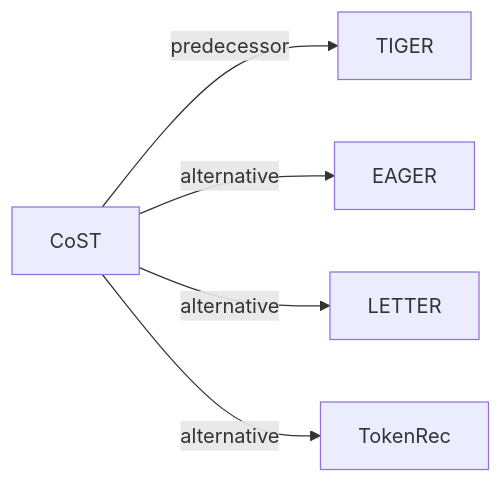
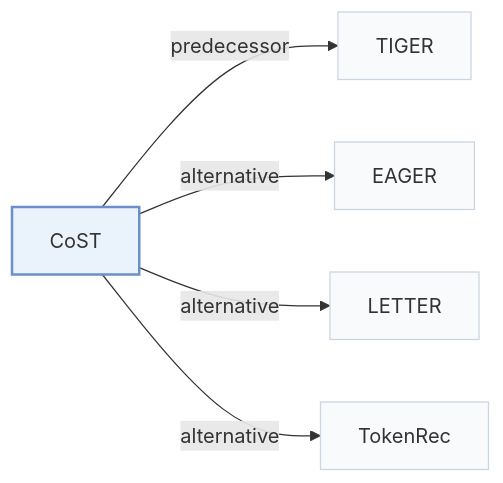
The second of 2 diagrams in pages/papers/cost.md (Galaxy-ghost/Awesome-SID-Generative-Rec), drawn with Mermaid before and after one commit. The commit also changed other lines of this file and 649 other files, not shown here.

Commit message:
writer-05: also tags and modality index (schema, check, build, visuals); summary field removed; calibration data for 12 papers

````diff
--- a/pages/papers/cost.md
+++ b/pages/papers/cost.md
@@ -67,8 +74,12 @@
 ```mermaid
 flowchart LR
     P["CoST"]
-    P -->|predecessor| A["TIGER"]
-    P -->|alternative| B["EAGER"]
-    P -->|alternative| C["LETTER"]
-    P -->|alternative| D["TokenRec"]
+    P -->|"predecessor"| A["TIGER"]
+    P -->|"alternative"| B["EAGER"]
+    P -->|"alternative"| C["LETTER"]
+    P -->|"alternative"| D["TokenRec"]
+    classDef main fill:#eaf2fb,stroke:#6b8fc7,stroke-width:2px
+    classDef peer fill:#f8fafc,stroke:#cbd5e1
+    class P main
+    class A,B,C,D peer
 ```
````
